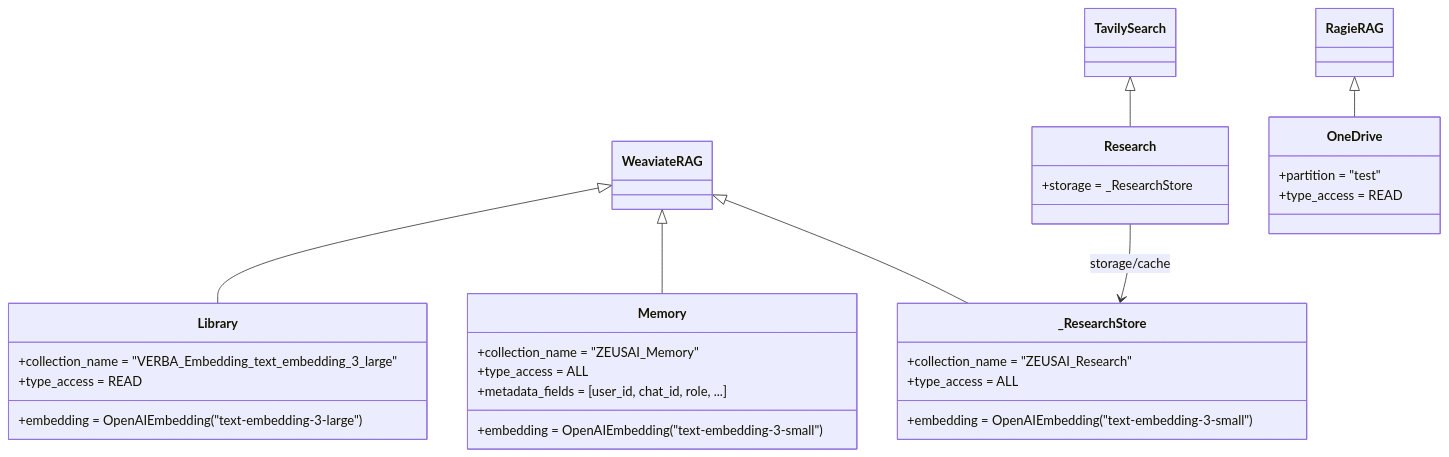
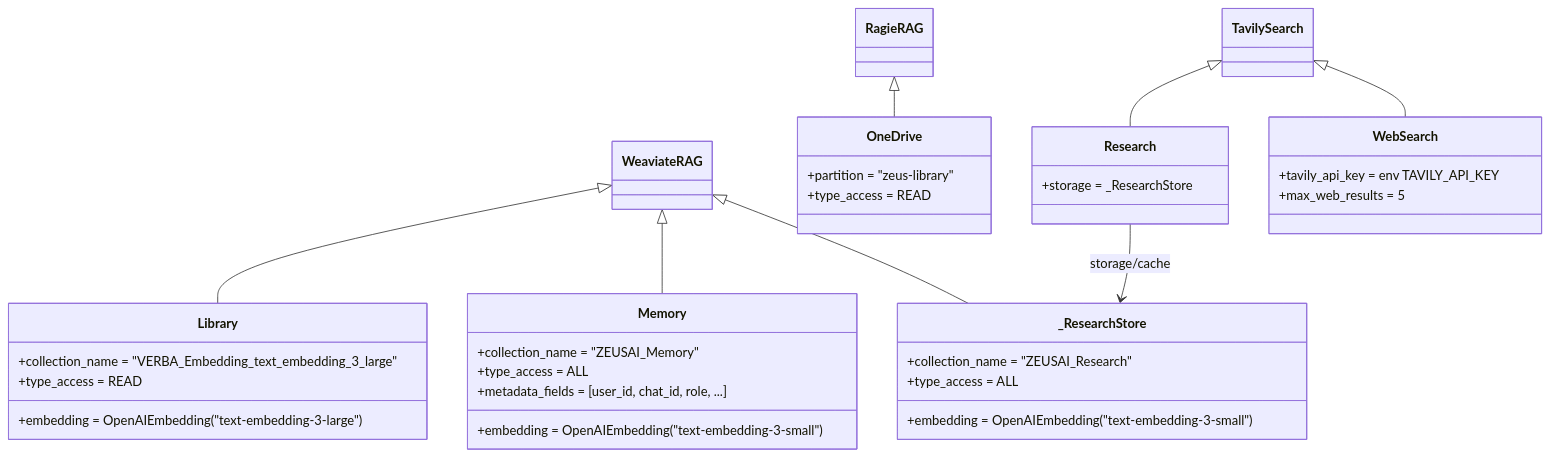
One commit to ZeusAgrotech/olympus-ai-backend changed the diagram in stores/README.md. Above: the diagram before and after it, drawn with Mermaid. The commit also changed other lines of this file and 2 other files, not shown here.

````diff
--- a/stores/README.md
+++ b/stores/README.md
@@ -9,41 +9,47 @@
 ```mermaid
 classDiagram
     class WeaviateRAG
     class RagieRAG
     class TavilySearch
 
     class Library {
         +collection_name = "VERBA_Embedding_text_embedding_3_large"
         +embedding = OpenAIEmbedding("text-embedding-3-large")
         +type_access = READ
     }
 
     class Memory {
         +collection_name = "ZEUSAI_Memory"
         +embedding = OpenAIEmbedding("text-embedding-3-small")
         +type_access = ALL
         +metadata_fields = [user_id, chat_id, role, ...]
     }
 
     class _ResearchStore {
         +collection_name = "ZEUSAI_Research"
         +embedding = OpenAIEmbedding("text-embedding-3-small")
         +type_access = ALL
     }
 
     class Research {
         +storage = _ResearchStore
     }
 
     class OneDrive {
-        +partition = "test"
+        +partition = "zeus-library"
         +type_access = READ
+    }
+
+    class WebSearch {
+        +tavily_api_key = env TAVILY_API_KEY
+        +max_web_results = 5
     }
 
     WeaviateRAG <|-- Library
     WeaviateRAG <|-- Memory
     WeaviateRAG <|-- _ResearchStore
     RagieRAG <|-- OneDrive
     TavilySearch <|-- Research
+    TavilySearch <|-- WebSearch
     Research --> _ResearchStore : storage/cache
 ```
````
